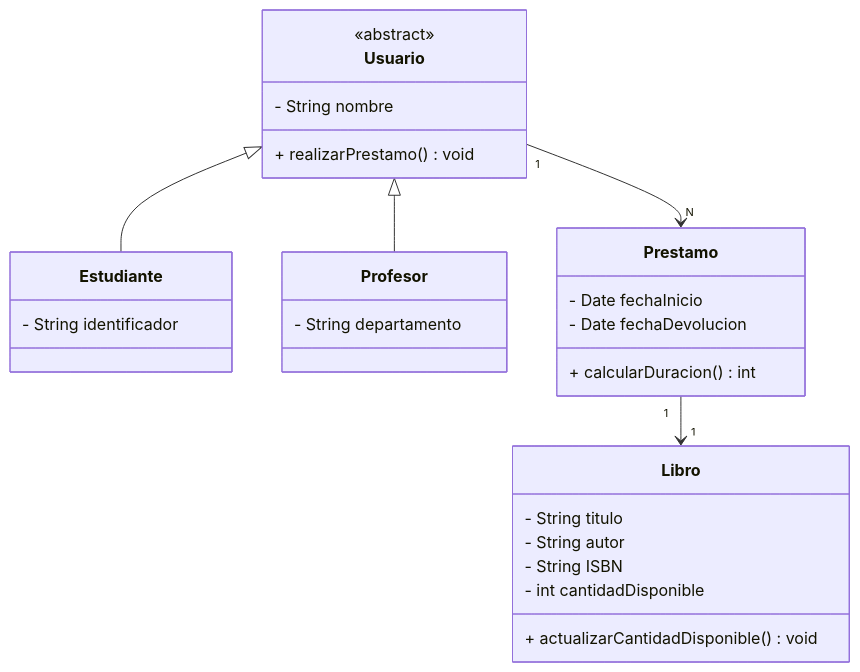
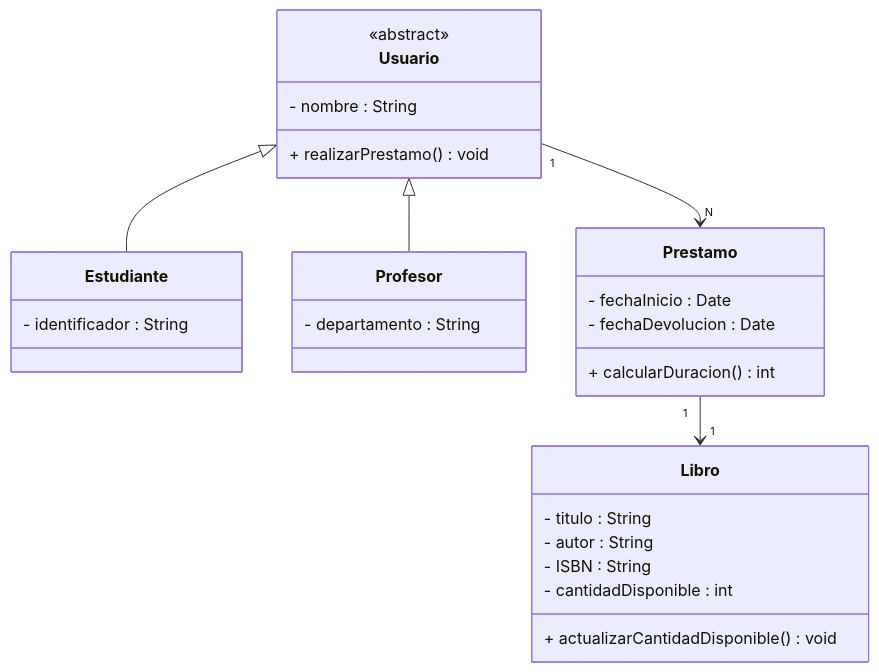
Diagram 29 of 32 in UD4 - Introducción a POO, diagramas UML y diagramas de clases/ud04_2_notacion_uml_diagramas_clases.md (danielmartinan/entornos_desarrollo_2024-25), drawn with Mermaid before and after one commit. The commit also changed other lines of this file, not shown here.

Commit message:
Actualizado diagrama de ejemplo del apartado 20

````diff
--- a/UD4 - Introducción a POO, diagramas UML y diagramas de clases/ud04_2_notacion_uml_diagramas_clases.md
+++ b/UD4 - Introducción a POO, diagramas UML y diagramas de clases/ud04_2_notacion_uml_diagramas_clases.md
@@ -1019,35 +1019,35 @@
 ```mermaid
     classDiagram  
         class Libro {  
-            - String titulo  
-            - String autor  
-            - String ISBN  
-            - int cantidadDisponible  
+            - titulo : String
+            - autor : String
+            - ISBN : String
+            - cantidadDisponible : int  
             + actualizarCantidadDisponible() void  
         }
 
         class Usuario {  
             <<abstract>>  
-            - String nombre  
+            - nombre : String
             + realizarPrestamo() void  
         }
 
         class Estudiante {  
-            - String identificador  
+            - identificador : String
         }
 
         class Profesor {  
-            - String departamento  
+            - departamento : String
         }
 
         class Prestamo {  
-            - Date fechaInicio  
-            - Date fechaDevolucion  
+            - fechaInicio : Date
+            - fechaDevolucion : Date
             + calcularDuracion() int  
         }
 
         Usuario <|-- Estudiante  
         Usuario <|-- Profesor  
         Usuario "1" --> "N" Prestamo  
         Prestamo "1" --> "1" Libro
 ```
````
